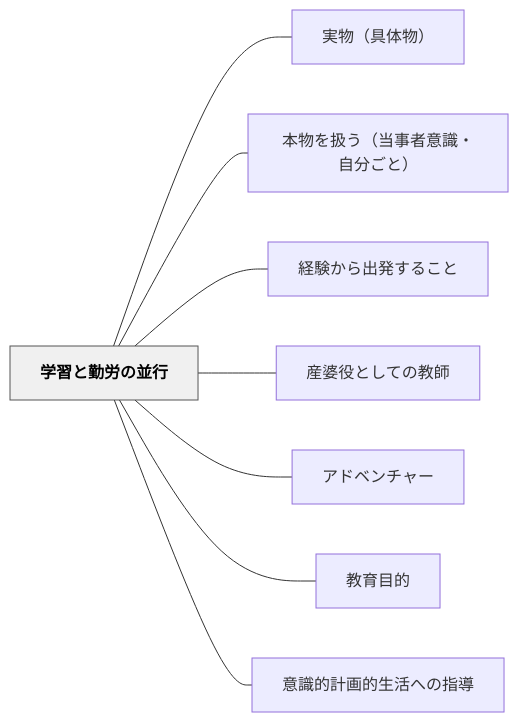
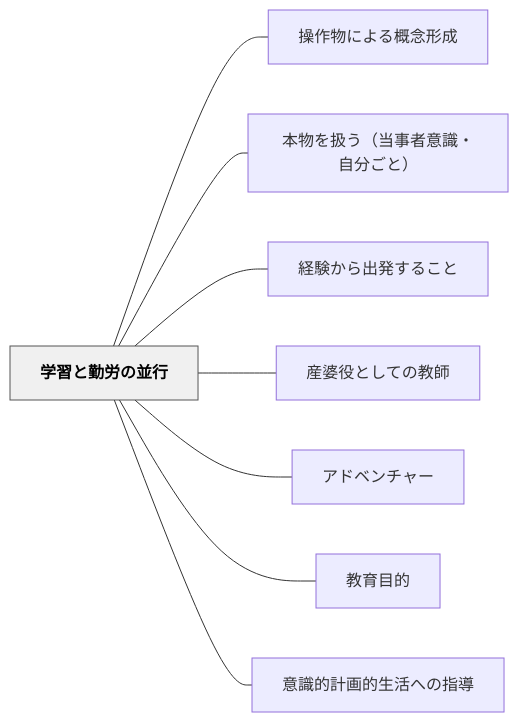
One commit to unknownthings-ed-patterns/unknownthings-ed-patterns changed the diagram in content/パタン/学習と勤労の並行.md. Above: the diagram before and after it, drawn with Mermaid. The commit also changed other lines of this file and 13 other files, not shown here.

````diff
--- a/content/パタン/学習と勤労の並行.md
+++ b/content/パタン/学習と勤労の並行.md
@@ -105,22 +105,22 @@
 ```mermaid
 flowchart LR
     ne5ada6e7bf92e381a8e58ba4e58ab4e381aee4b8a6e8a18c["学習と勤労の並行"]
-    ne5ae9fe789a9efbc88e585b7e4bd93e789a9efbc89["実物（具体物）"]
+    ne6938de4bd9ce789a9e381abe38288e3828be6a682e5bfb5e5bda2e68890["操作物による概念形成"]
     ne69cace789a9e38292e689b1e38186efbc88e5bd93e4ba8be88085e6848fe8ad98e383bbe887aae58886e38194e381a8efbc89["本物を扱う（当事者意識・自分ごと）"]
     ne7b58ce9a893e3818be38289e587bae799bae38199e3828be38193e381a8["経験から出発すること"]
     ne794a3e5a986e5bdb9e381a8e38197e381a6e381aee69599e5b8ab["産婆役としての教師"]
     ne382a2e38389e38399e383b3e38381e383a3e383bc["アドベンチャー"]
     ne69599e882b2e79baee79a84["教育目的"]
     ne6848fe8ad98e79a84e8a888e794bbe79a84e7949fe6b4bbe381b8e381aee68c87e5b08e["意識的計画的生活への指導"]
 
-    ne5ada6e7bf92e381a8e58ba4e58ab4e381aee4b8a6e8a18c --- ne5ae9fe789a9efbc88e585b7e4bd93e789a9efbc89
+    ne5ada6e7bf92e381a8e58ba4e58ab4e381aee4b8a6e8a18c --- ne6938de4bd9ce789a9e381abe38288e3828be6a682e5bfb5e5bda2e68890
     ne5ada6e7bf92e381a8e58ba4e58ab4e381aee4b8a6e8a18c --- ne69cace789a9e38292e689b1e38186efbc88e5bd93e4ba8be88085e6848fe8ad98e383bbe887aae58886e38194e381a8efbc89
     ne5ada6e7bf92e381a8e58ba4e58ab4e381aee4b8a6e8a18c --- ne7b58ce9a893e3818be38289e587bae799bae38199e3828be38193e381a8
     ne5ada6e7bf92e381a8e58ba4e58ab4e381aee4b8a6e8a18c --- ne794a3e5a986e5bdb9e381a8e38197e381a6e381aee69599e5b8ab
     ne5ada6e7bf92e381a8e58ba4e58ab4e381aee4b8a6e8a18c --- ne382a2e38389e38399e383b3e38381e383a3e383bc
     ne5ada6e7bf92e381a8e58ba4e58ab4e381aee4b8a6e8a18c --- ne69599e882b2e79baee79a84
     ne5ada6e7bf92e381a8e58ba4e58ab4e381aee4b8a6e8a18c --- ne6848fe8ad98e79a84e8a888e794bbe79a84e7949fe6b4bbe381b8e381aee68c87e5b08e
 
     classDef hub fill:#f0f0f0,stroke:#555,color:#000,font-weight:bold
     class ne5ada6e7bf92e381a8e58ba4e58ab4e381aee4b8a6e8a18c hub
 ```
````
